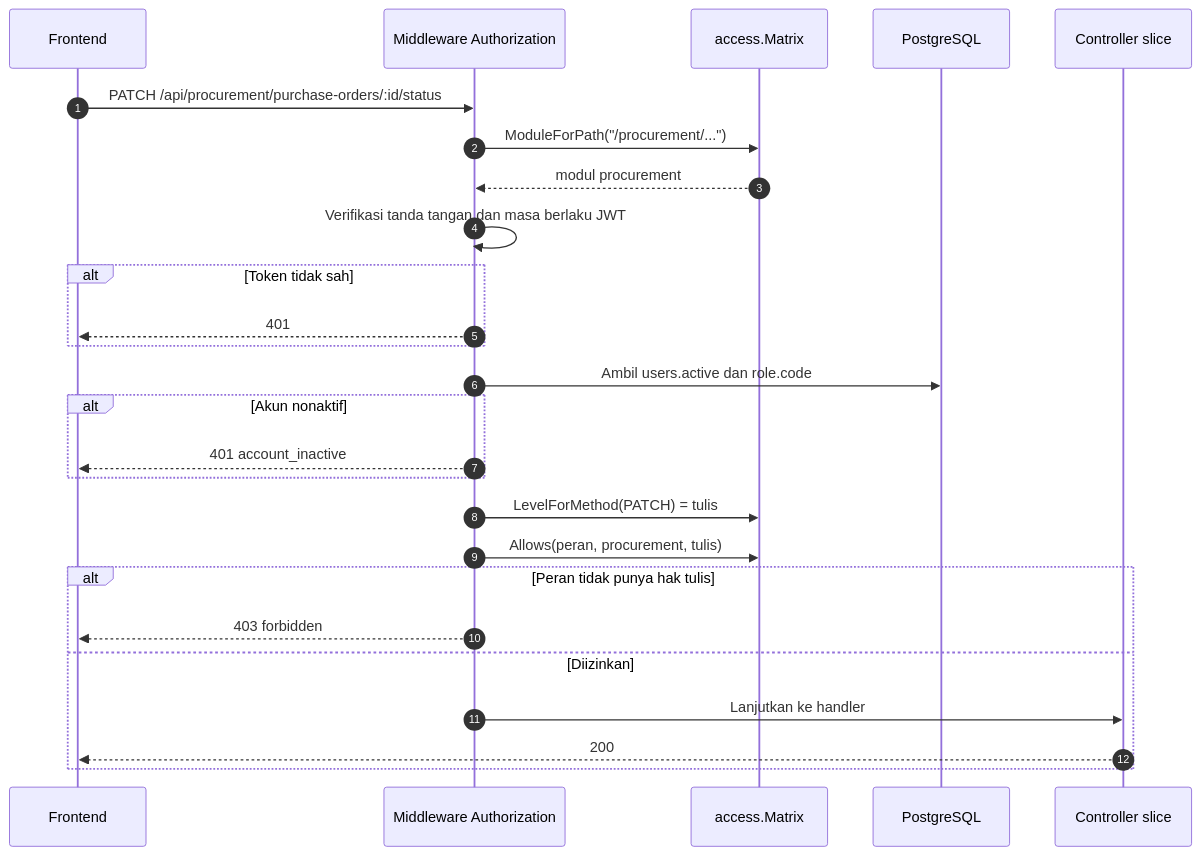
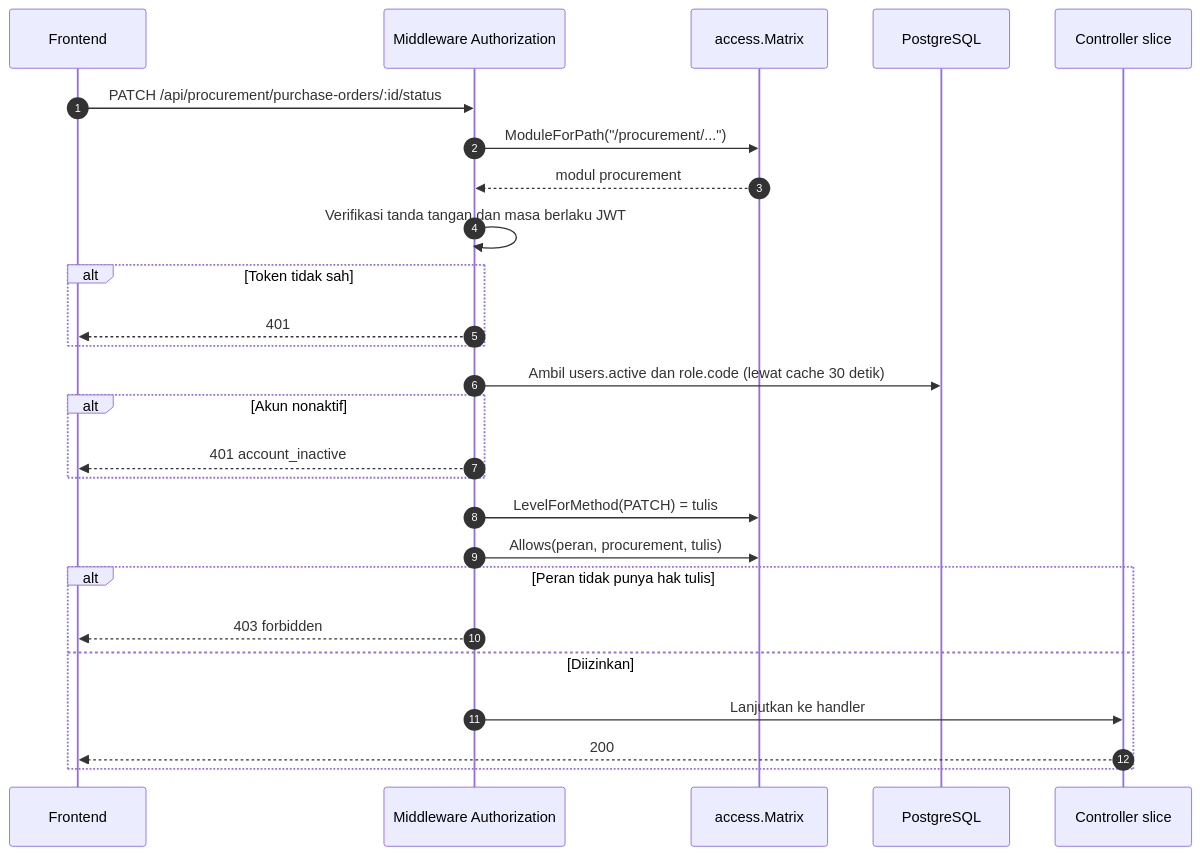
One commit to jojondrw/BanguninAjaApp changed the second of 5 diagrams in docs/desain/sequence.md. Above: the diagram before and after it, drawn with Mermaid. The commit also changed other lines of this file, not shown here.

First line of the commit message:
docs(desain): sesuaikan sequence diagram dengan perilaku terbaru

````diff
--- a/docs/desain/sequence.md
+++ b/docs/desain/sequence.md
@@ -70,29 +72,29 @@
 ```mermaid
 sequenceDiagram
     autonumber
     participant FE as Frontend
     participant MW as Middleware Authorization
     participant AC as access.Matrix
     participant DB as PostgreSQL
     participant H as Controller slice
 
     FE->>MW: PATCH /api/procurement/purchase-orders/:id/status
     MW->>AC: ModuleForPath("/procurement/...")
     AC-->>MW: modul procurement
     MW->>MW: Verifikasi tanda tangan dan masa berlaku JWT
     alt Token tidak sah
         MW-->>FE: 401
     end
-    MW->>DB: Ambil users.active dan role.code
+    MW->>DB: Ambil users.active dan role.code (lewat cache 30 detik)
     alt Akun nonaktif
         MW-->>FE: 401 account_inactive
     end
     MW->>AC: LevelForMethod(PATCH) = tulis
     MW->>AC: Allows(peran, procurement, tulis)
     alt Peran tidak punya hak tulis
         MW-->>FE: 403 forbidden
     else Diizinkan
         MW->>H: Lanjutkan ke handler
         H-->>FE: 200
     end
 ```
````
